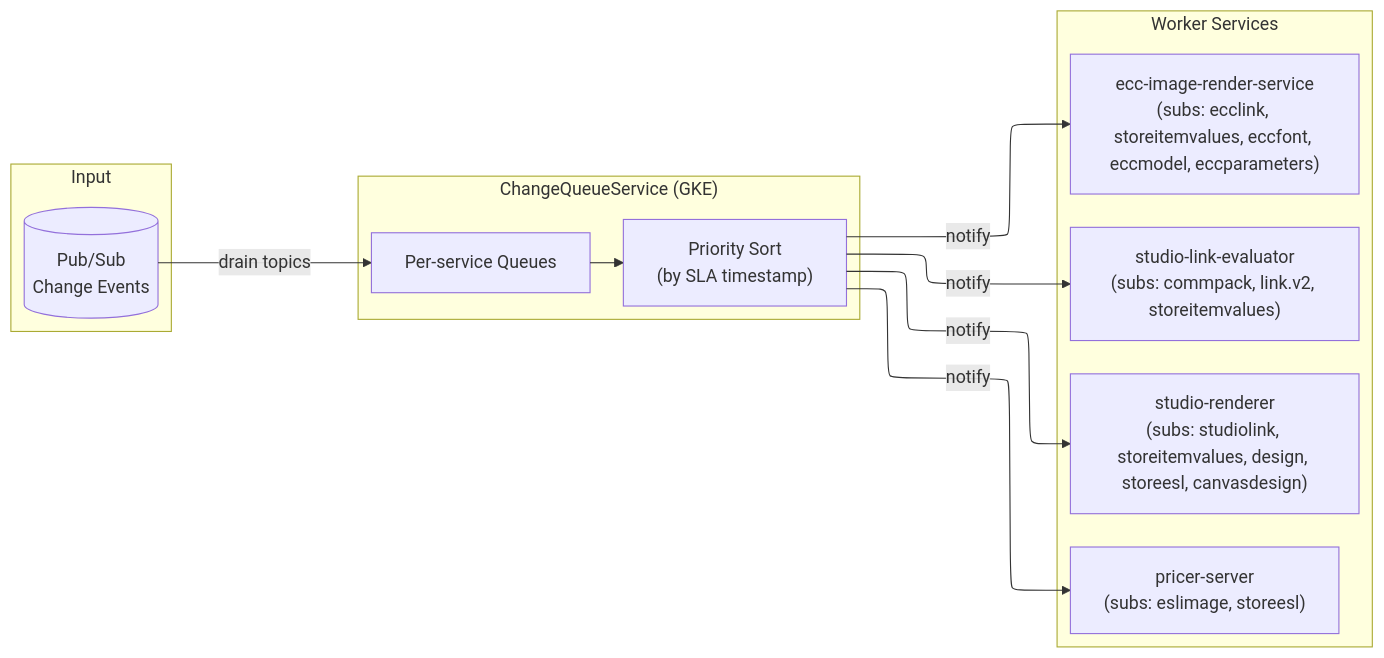
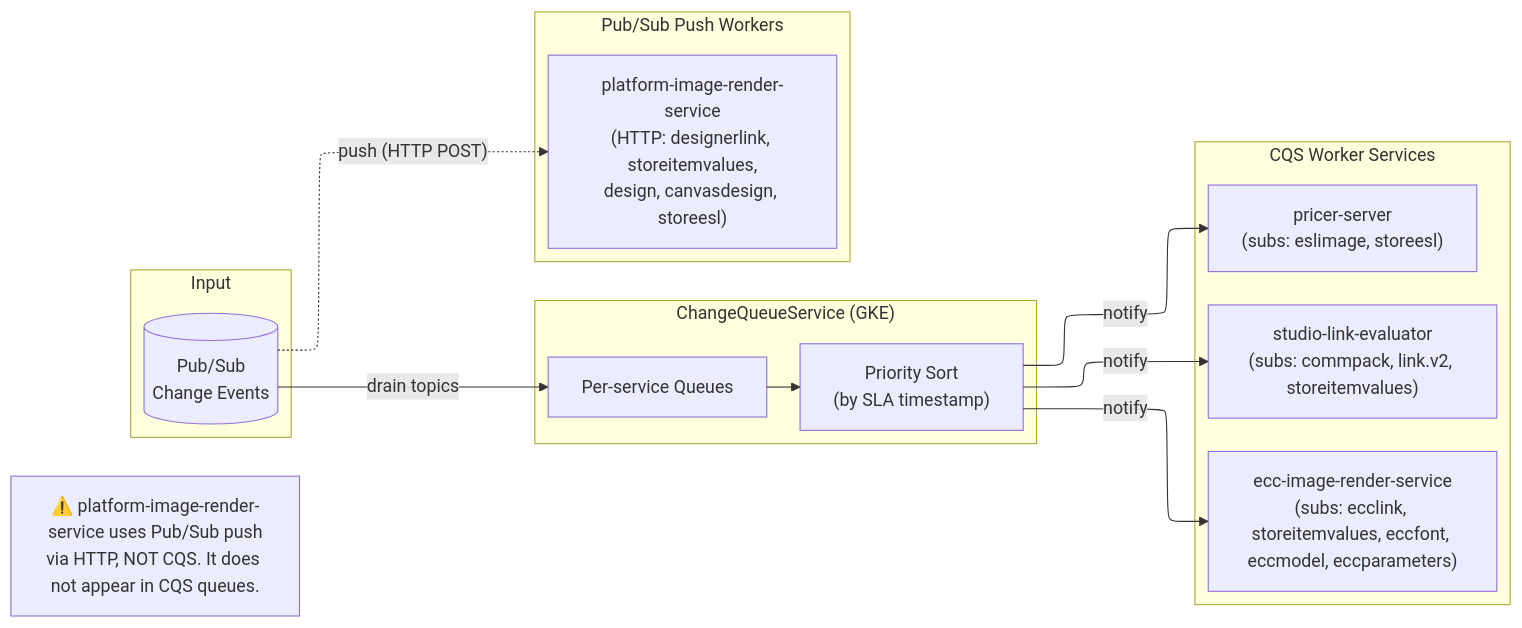
Before and after one commit to cristiandeaconeasa-dev/Replatforming-docs: the second of 6 diagrams in 08-dtoflow-deep-dive.md, drawn with Mermaid. The commit also changed other lines of this file and 11 other files, not shown here.

````diff
--- a/08-dtoflow-deep-dive.md
+++ b/08-dtoflow-deep-dive.md
@@ -165,29 +165,34 @@
 ```mermaid
 ---
 config:
     layout: elk
 ---
 flowchart LR
     subgraph input["Input"]
         PS[("Pub/Sub<br/>Change Events")]
     end
 
     subgraph cqs["ChangeQueueService (GKE)"]
         Q["Per-service Queues"]
         SORT["Priority Sort<br/>(by SLA timestamp)"]
     end
 
-    subgraph workers["Worker Services"]
+    subgraph workers["CQS Worker Services"]
         EV["studio-link-evaluator<br/>(subs: commpack, link.v2, storeitemvalues)"]
-        RN["studio-renderer<br/>(subs: studiolink, storeitemvalues, design, storeesl, canvasdesign)"]
         ECC["ecc-image-render-service<br/>(subs: ecclink, storeitemvalues, eccfont, eccmodel, eccparameters)"]
         TX["pricer-server<br/>(subs: eslimage, storeesl)"]
+    end
+
+    subgraph push["Pub/Sub Push Workers"]
+        RN["platform-image-render-service<br/>(HTTP: designerlink, storeitemvalues,<br/>design, canvasdesign, storeesl)"]
     end
 
     PS -->|drain topics| Q
     Q --> SORT
     SORT -->|notify| EV
-    SORT -->|notify| RN
     SORT -->|notify| ECC
     SORT -->|notify| TX
+    PS -.->|"push (HTTP POST)"| RN
+
+    Note["⚠️ platform-image-render-service uses Pub/Sub push<br/>via HTTP, NOT CQS. It does not appear in CQS queues."]
 ```
````
